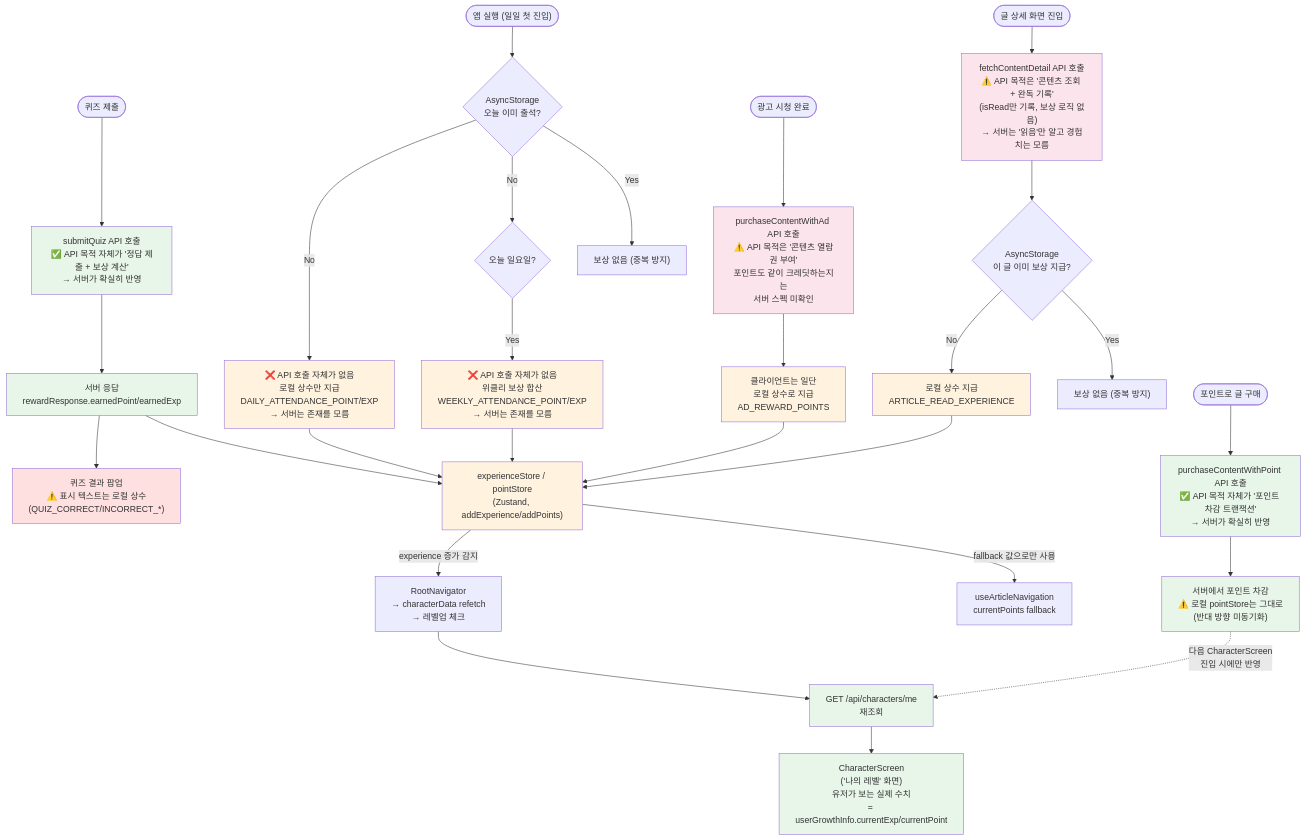
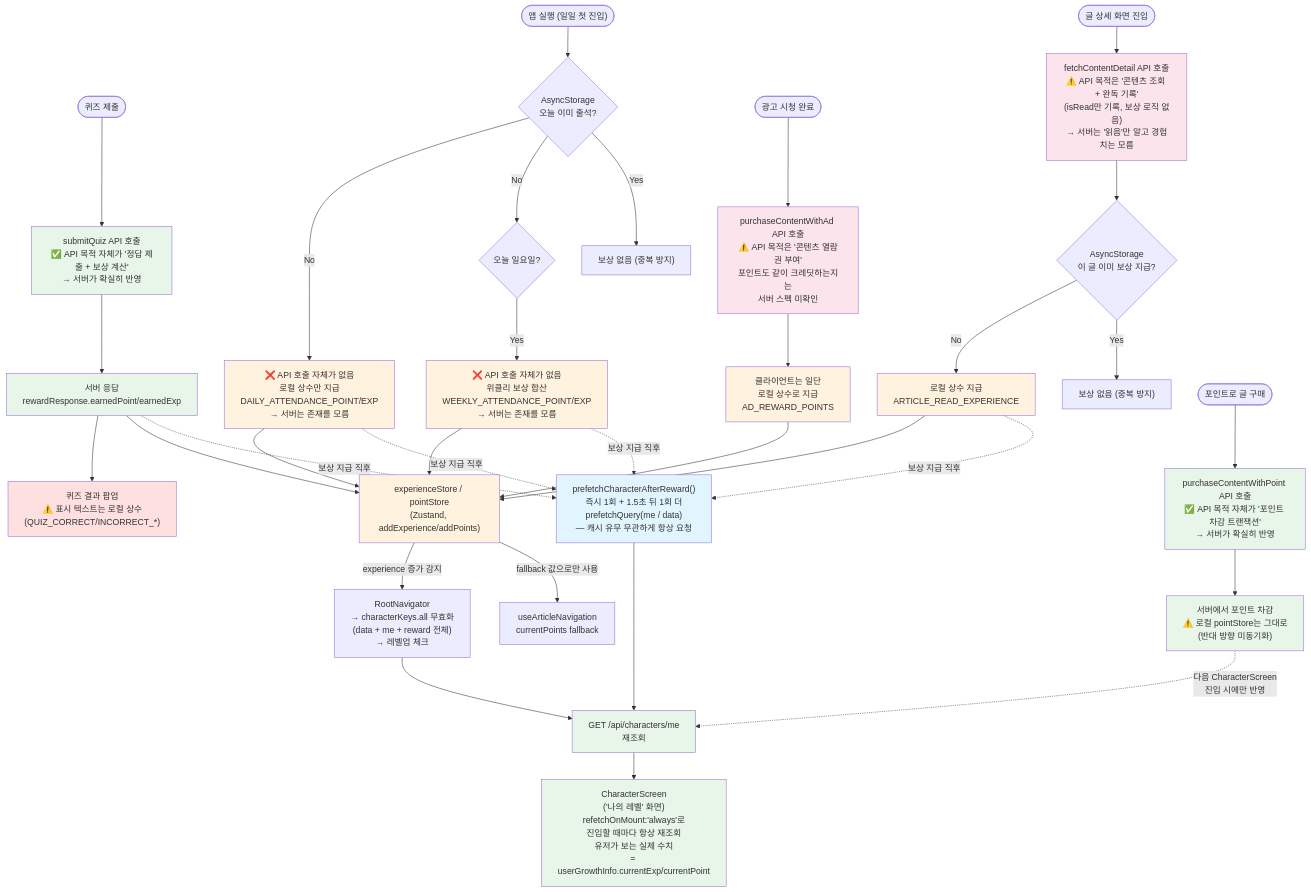
Before and after one commit to Gahyun-313/neurous-client: the tenth of 11 diagrams in docs/ARCHITECTURE.md, drawn with Mermaid. The commit also changed other lines of this file and 9 other files, not shown here.

First line of the commit message:
feat(character): 보상 발생 시 캐릭터 정보 백그라운드 prefetch (#104)

````diff
--- a/docs/ARCHITECTURE.md
+++ b/docs/ARCHITECTURE.md
@@ -414,54 +417,63 @@
 ```mermaid
 flowchart TD
     QuizSubmit(["퀴즈 제출"]) --> QuizAPI["submitQuiz API 호출<br/>✅ API 목적 자체가 '정답 제출 + 보상 계산'<br/>→ 서버가 확실히 반영"]
     QuizAPI --> QuizServerValue["서버 응답<br/>rewardResponse.earnedPoint/earnedExp"]
     QuizServerValue --> QuizPopup["퀴즈 결과 팝업<br/>⚠️ 표시 텍스트는 로컬 상수<br/>(QUIZ_CORRECT/INCORRECT_*)"]
 
     DailyEntry(["앱 실행 (일일 첫 진입)"]) --> DailyCheck{"AsyncStorage<br/>오늘 이미 출석?"}
     DailyCheck -- No --> DailyLocal["❌ API 호출 자체가 없음<br/>로컬 상수만 지급<br/>DAILY_ATTENDANCE_POINT/EXP<br/>→ 서버는 존재를 모름"]
     DailyCheck -- No --> SundayCheck{"오늘 일요일?"}
     SundayCheck -- Yes --> WeeklyLocal["❌ API 호출 자체가 없음<br/>위클리 보상 합산<br/>WEEKLY_ATTENDANCE_POINT/EXP<br/>→ 서버는 존재를 모름"]
     DailyCheck -- Yes --> DailySkip["보상 없음 (중복 방지)"]
 
     AdWatch(["광고 시청 완료"]) --> AdAPI["purchaseContentWithAd API 호출<br/>⚠️ API 목적은 '콘텐츠 열람권 부여'<br/>포인트도 같이 크레딧하는지는<br/>서버 스펙 미확인"]
     AdAPI --> AdLocal["클라이언트는 일단<br/>로컬 상수로 지급<br/>AD_REWARD_POINTS"]
 
     ArticleEnter(["글 상세 화면 진입"]) --> ContentAPI["fetchContentDetail API 호출<br/>⚠️ API 목적은 '콘텐츠 조회 + 완독 기록'<br/>(isRead만 기록, 보상 로직 없음)<br/>→ 서버는 '읽음'만 알고 경험치는 모름"]
     ContentAPI --> ArticleDedup{"AsyncStorage<br/>이 글 이미 보상 지급?"}
     ArticleDedup -- No --> ArticleLocal["로컬 상수 지급<br/>ARTICLE_READ_EXPERIENCE"]
     ArticleDedup -- Yes --> ArticleSkip["보상 없음 (중복 방지)"]
 
     PointPurchase(["포인트로 글 구매"]) --> PurchaseAPI["purchaseContentWithPoint API 호출<br/>✅ API 목적 자체가 '포인트 차감 트랜잭션'<br/>→ 서버가 확실히 반영"]
     PurchaseAPI --> PurchaseServer["서버에서 포인트 차감<br/>⚠️ 로컬 pointStore는 그대로<br/>(반대 방향 미동기화)"]
 
     QuizServerValue --> LocalStore
     DailyLocal --> LocalStore
     WeeklyLocal --> LocalStore
     AdLocal --> LocalStore
     ArticleLocal --> LocalStore
 
     LocalStore["experienceStore / pointStore<br/>(Zustand, addExperience/addPoints)"]
 
-    LocalStore -->|"experience 증가 감지"| RootNav["RootNavigator<br/>→ characterData refetch<br/>→ 레벨업 체크"]
+    LocalStore -->|"experience 증가 감지"| RootNav["RootNavigator<br/>→ characterKeys.all 무효화<br/>(data + me + reward 전체)<br/>→ 레벨업 체크"]
     LocalStore -->|"fallback 값으로만 사용"| ArticleNavFallback["useArticleNavigation<br/>currentPoints fallback"]
 
+    QuizServerValue -.->|"보상 지급 직후"| Prefetch
+    DailyLocal -.->|"보상 지급 직후"| Prefetch
+    WeeklyLocal -.->|"보상 지급 직후"| Prefetch
+    ArticleLocal -.->|"보상 지급 직후"| Prefetch
+
+    Prefetch["prefetchCharacterAfterReward()<br/>즉시 1회 + 1.5초 뒤 1회 더<br/>prefetchQuery(me / data)<br/>— 캐시 유무 무관하게 항상 요청"]
+
     RootNav --> ServerRefetch["GET /api/characters/me<br/>재조회"]
+    Prefetch --> ServerRefetch
     PurchaseServer -.->|"다음 CharacterScreen<br/>진입 시에만 반영"| ServerRefetch
 
-    ServerRefetch --> CharacterScreen["CharacterScreen<br/>('나의 레벨' 화면)<br/>유저가 보는 실제 수치<br/>= userGrowthInfo.currentExp/currentPoint"]
+    ServerRefetch --> CharacterScreen["CharacterScreen<br/>('나의 레벨' 화면)<br/>refetchOnMount:'always'로<br/>진입할 때마다 항상 재조회<br/>유저가 보는 실제 수치<br/>= userGrowthInfo.currentExp/currentPoint"]
 
     style QuizAPI fill:#e8f5e9
     style QuizServerValue fill:#e8f5e9
     style PurchaseAPI fill:#e8f5e9
     style PurchaseServer fill:#e8f5e9
     style ServerRefetch fill:#e8f5e9
     style CharacterScreen fill:#e8f5e9
     style DailyLocal fill:#fff3e0
     style WeeklyLocal fill:#fff3e0
     style AdLocal fill:#fff3e0
     style ArticleLocal fill:#fff3e0
     style LocalStore fill:#fff3e0
     style AdAPI fill:#fce4ec
     style ContentAPI fill:#fce4ec
     style QuizPopup fill:#ffe0e0
+    style Prefetch fill:#e1f5fe
 ```
````
